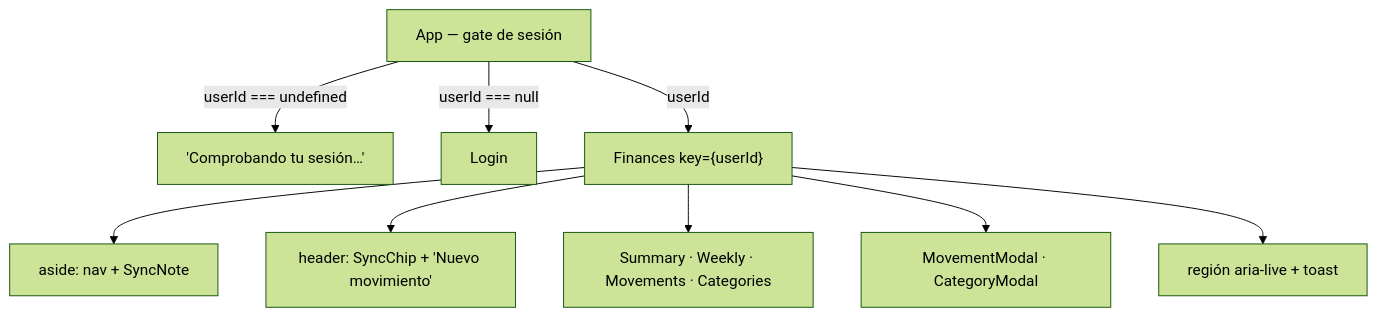
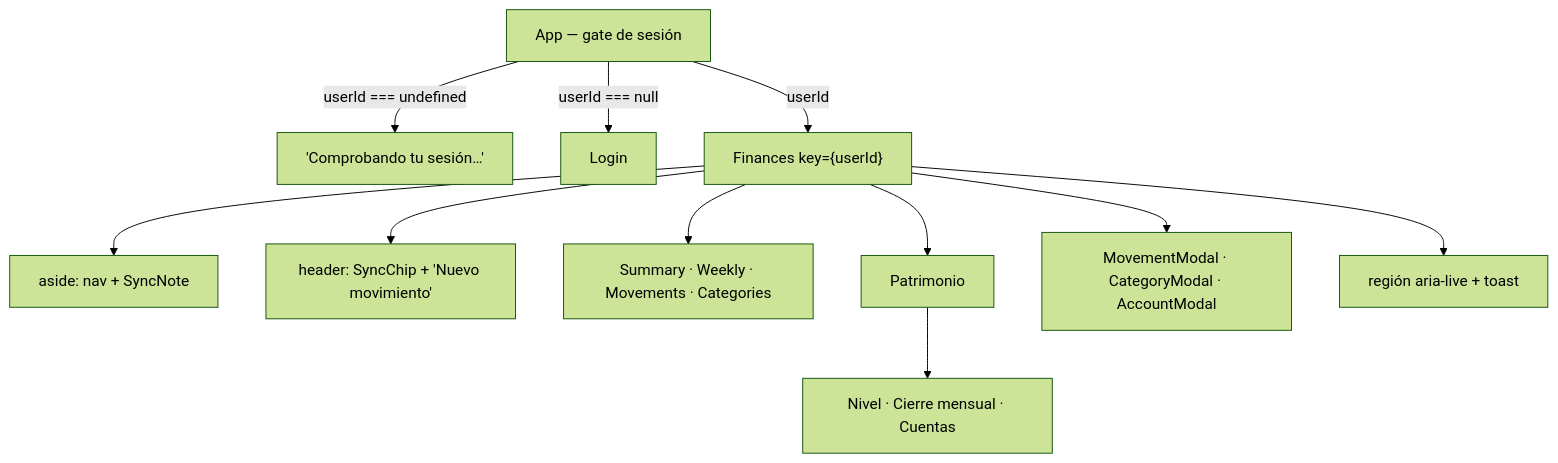
The diagram in docs/modules/ui-app.md (JoseCarlosCabelloTejero/FinHub), drawn with Mermaid (forest theme) before and after one commit. The commit also changed other lines of this file and 3 other files, not shown here.

````diff
--- a/docs/modules/ui-app.md
+++ b/docs/modules/ui-app.md
@@ -16,11 +22,13 @@
 ```mermaid
 flowchart TD
     App["App — gate de sesión"] -->|"userId === undefined"| Load["'Comprobando tu sesión…'"]
     App -->|"userId === null"| Login["Login"]
     App -->|"userId"| Fin["Finances key={userId}"]
     Fin --> Aside["aside: nav + SyncNote"]
     Fin --> Header["header: SyncChip + 'Nuevo movimiento'"]
     Fin --> Pages["Summary · Weekly · Movements · Categories"]
-    Fin --> Modals["MovementModal · CategoryModal"]
+    Fin --> Pat["Patrimonio"]
+    Pat --> PatViews["Nivel · Cierre mensual · Cuentas"]
+    Fin --> Modals["MovementModal · CategoryModal · AccountModal"]
     Fin --> Live["región aria-live + toast"]
 ```
````
